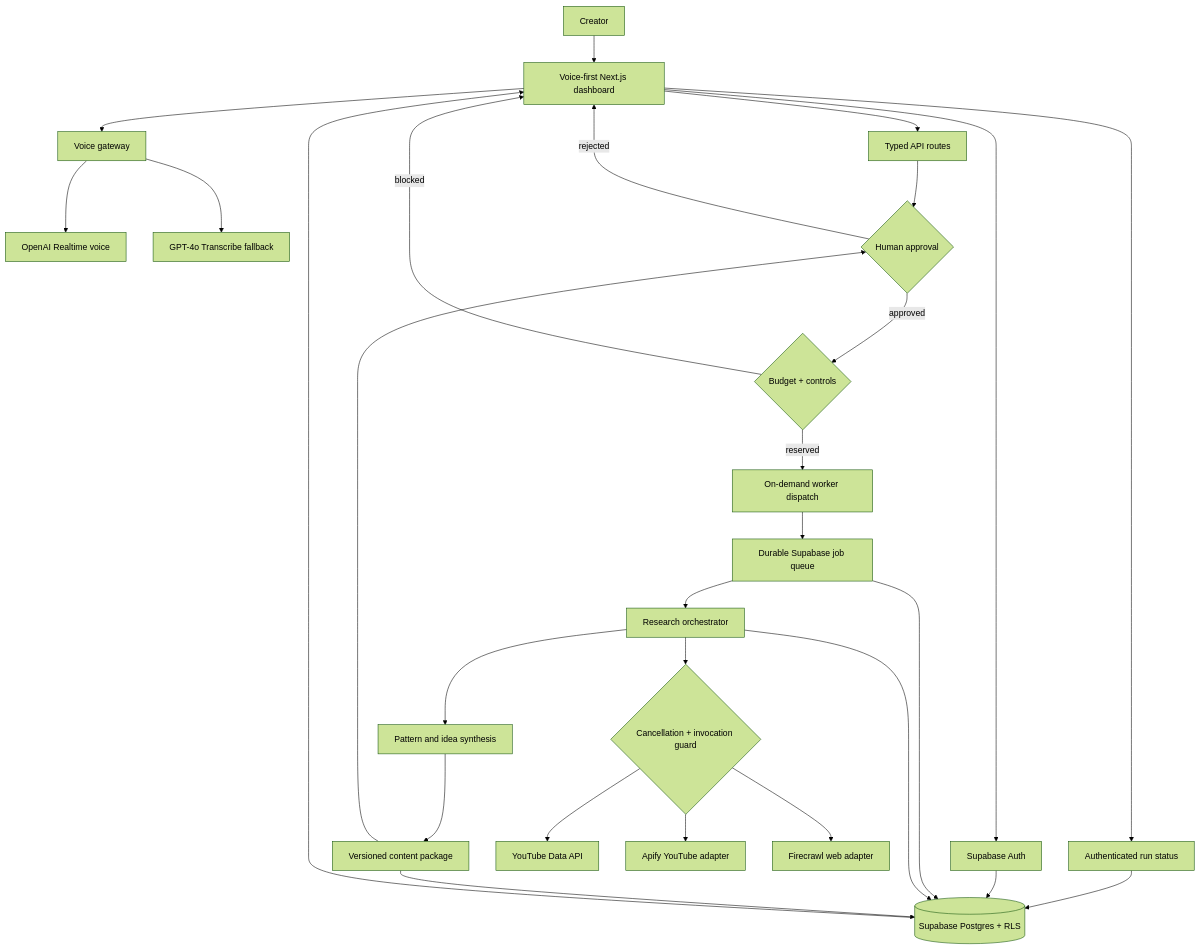
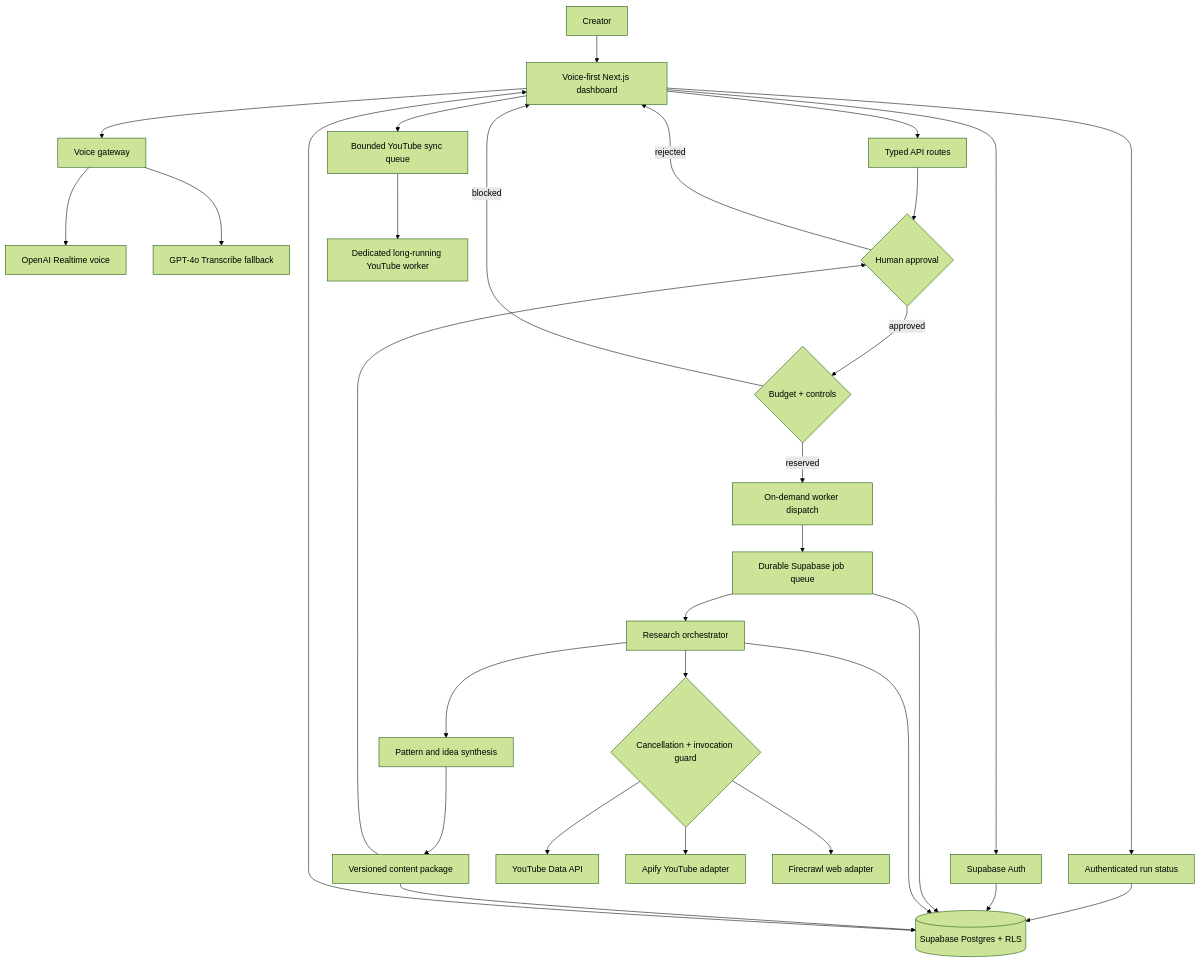
Before and after one commit to satishgorantla1-sg7/youtube-growth-stack: the first of 7 diagrams in README.md, drawn with Mermaid (forest theme). The commit also changed other lines of this file and 22 other files, not shown here.

Commit message:
feat: expose truthful YouTube worker readiness

````diff
--- a/README.md
+++ b/README.md
@@ -13,30 +13,32 @@
 ```mermaid
 flowchart TB
   U[Creator] --> UI[Voice-first Next.js dashboard]
   UI --> AUTH[Supabase Auth]
   UI --> VOICE[Voice gateway]
   UI --> API[Typed API routes]
   VOICE --> RT[OpenAI Realtime voice]
   VOICE --> STT[GPT-4o Transcribe fallback]
   API --> APPROVAL{Human approval}
   APPROVAL -->|approved| SAFETY{Budget + controls}
   APPROVAL -->|rejected| UI
   SAFETY -->|blocked| UI
   SAFETY -->|reserved| DISPATCH[On-demand worker dispatch]
   DISPATCH --> JOBS[Durable Supabase job queue]
+  UI --> YTQ[Bounded YouTube sync queue]
+  YTQ --> YTW[Dedicated long-running YouTube worker]
   UI --> STATUS[Authenticated run status]
   STATUS --> DB
   JOBS --> ORCH[Research orchestrator]
   ORCH --> GUARD{Cancellation + invocation guard}
   GUARD --> YT[YouTube Data API]
   GUARD --> APIFY[Apify YouTube adapter]
   GUARD --> FIRE[Firecrawl web adapter]
   ORCH --> SYNTH[Pattern and idea synthesis]
   SYNTH --> PACKAGE[Versioned content package]
   PACKAGE --> APPROVAL
   AUTH --> DB[(Supabase Postgres + RLS)]
   JOBS --> DB
   ORCH --> DB
   PACKAGE --> DB
   DB --> UI
 ```
````
